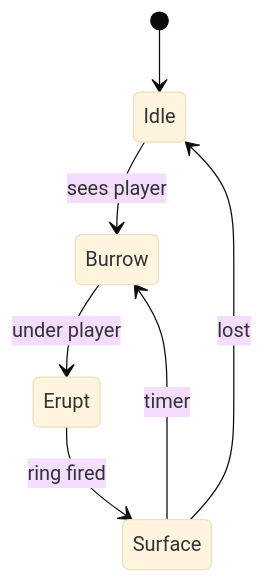
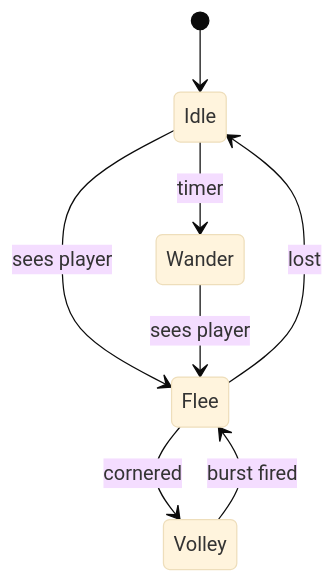
Before and after one commit to lownpho/mages: diagram 23 of 51 in design/docs/enemies.md, drawn with Mermaid (base theme). The commit also changed other lines of this file and 21 other files, not shown here.

````diff
--- a/design/docs/enemies.md
+++ b/design/docs/enemies.md
@@ -641,9 +696,10 @@
 ```mermaid
 stateDiagram-v2
     [*] --> Idle
-    Idle --> Burrow : sees player
-    Burrow --> Erupt : under player
-    Erupt --> Surface : ring fired
-    Surface --> Burrow : timer
-    Surface --> Idle : lost
+    Idle --> Wander : timer
+    Idle --> Flee : sees player
+    Wander --> Flee : sees player
+    Flee --> Volley : cornered
+    Volley --> Flee : burst fired
+    Flee --> Idle : lost
 ```
````
